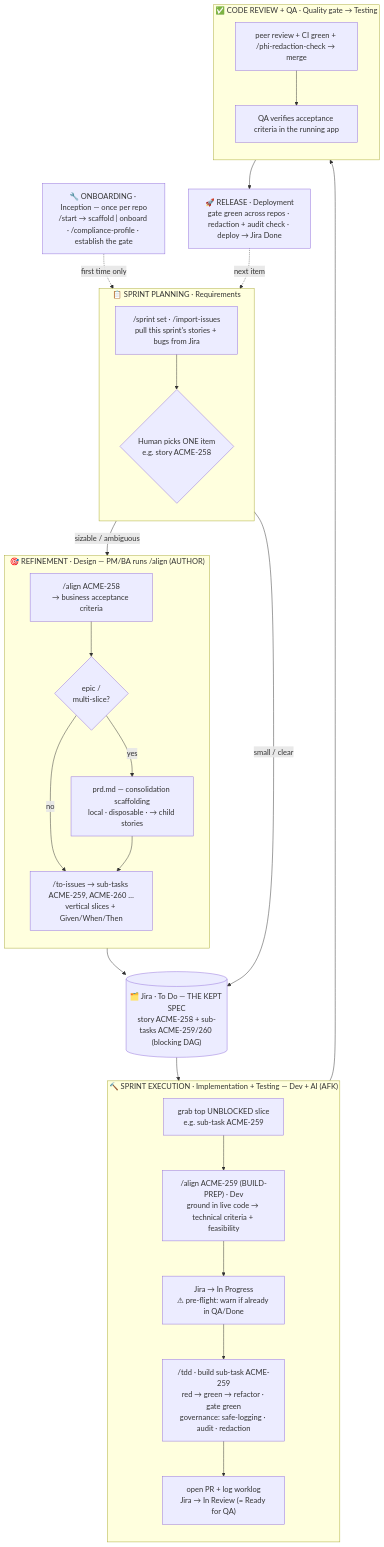
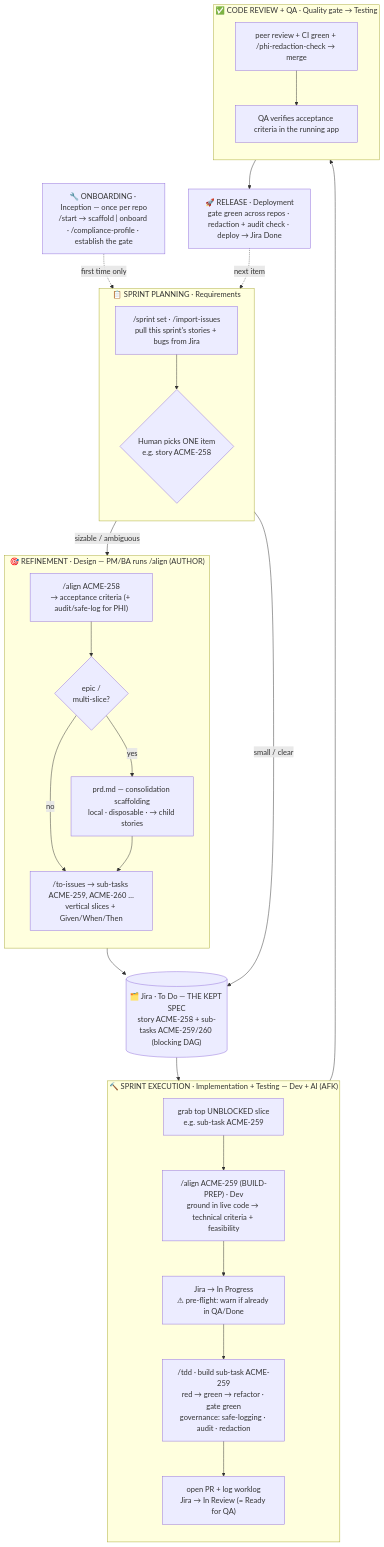
One commit to Mindbowser/health-harness changed the diagram in README.md. Above: the diagram before and after it, drawn with Mermaid. The commit also changed other lines of this file and 5 other files, not shown here.

````diff
--- a/README.md
+++ b/README.md
@@ -44,45 +44,45 @@
 ```mermaid
 flowchart TD
     SETUP["🔧 ONBOARDING · Inception — once per repo<br/>/start → scaffold | onboard · /compliance-profile · establish the gate"]
 
     subgraph PLAN["📋 SPRINT PLANNING · Requirements"]
         direction TB
         SP["/sprint set · /import-issues<br/>pull this sprint's stories + bugs from Jira"] --> PICK{"Human picks ONE item<br/>e.g. story ACME-258"}
     end
 
     subgraph REFINE["🎯 REFINEMENT · Design — PM/BA runs /align (AUTHOR)"]
         direction TB
-        AL["/align ACME-258<br/>→ business acceptance criteria"]
+        AL["/align ACME-258<br/>→ acceptance criteria (+ audit/safe-log for PHI)"]
         AL --> BIG{"epic /<br/>multi-slice?"}
         BIG -->|yes| PRD["prd.md — consolidation scaffolding<br/>local · disposable · → child stories"]
         BIG -->|no| SL["/to-issues → sub-tasks ACME-259, ACME-260 …<br/>vertical slices + Given/When/Then"]
         PRD --> SL
     end
 
     JIRA[("🗂️ Jira · To Do — THE KEPT SPEC<br/>story ACME-258 + sub-tasks ACME-259/260 (blocking DAG)")]
 
     subgraph BUILD["🔨 SPRINT EXECUTION · Implementation + Testing — Dev + AI (AFK)"]
         direction TB
         GRAB["grab top UNBLOCKED slice<br/>e.g. sub-task ACME-259"] --> BP["/align ACME-259 (BUILD-PREP) · Dev<br/>ground in live code → technical criteria + feasibility"]
         BP --> WIP["Jira → In Progress<br/>⚠ pre-flight: warn if already in QA/Done"]
         WIP --> TDD["/tdd · build sub-task ACME-259<br/>red → green → refactor · gate green<br/>governance: safe-logging · audit · redaction"]
         TDD --> PRW["open PR + log worklog<br/>Jira → In Review (= Ready for QA)"]
     end
 
     subgraph VERIFY["✅ CODE REVIEW + QA · Quality gate → Testing"]
         direction TB
         CR["peer review + CI green + /phi-redaction-check → merge"]
         CR --> QA["QA verifies acceptance criteria in the running app"]
     end
 
     REL["🚀 RELEASE · Deployment<br/>gate green across repos · redaction + audit check · deploy → Jira Done"]
 
     SETUP -.->|first time only| SP
     PICK -->|sizable / ambiguous| AL
     PICK -->|small / clear| JIRA
     SL --> JIRA
     JIRA --> GRAB
     PRW --> CR
     QA --> REL
     REL -.->|next item| PICK
 ```
````
